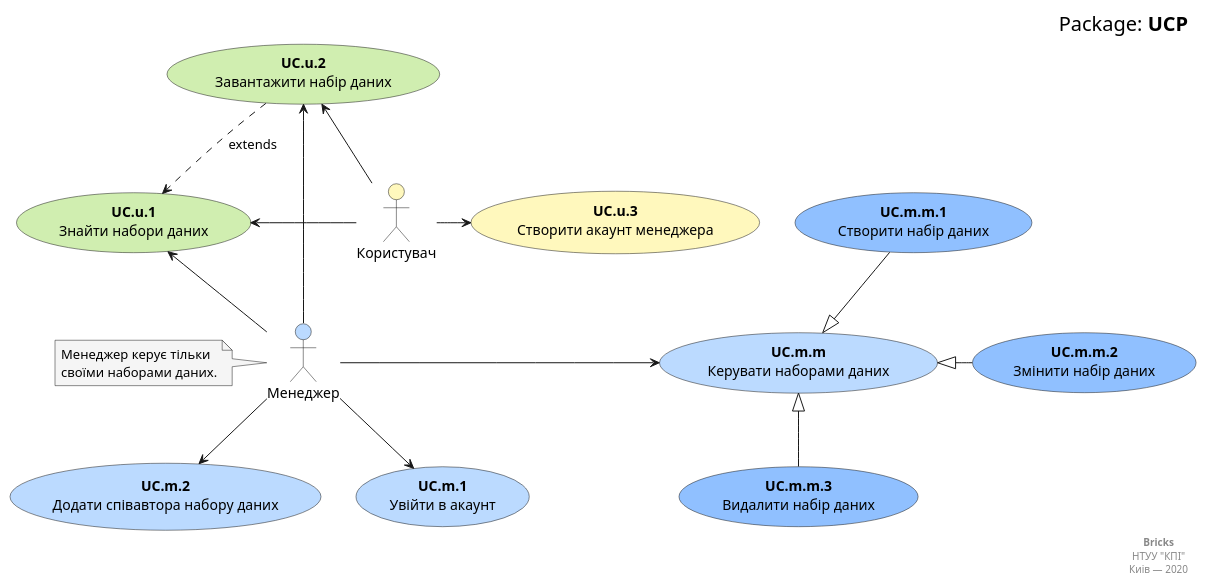
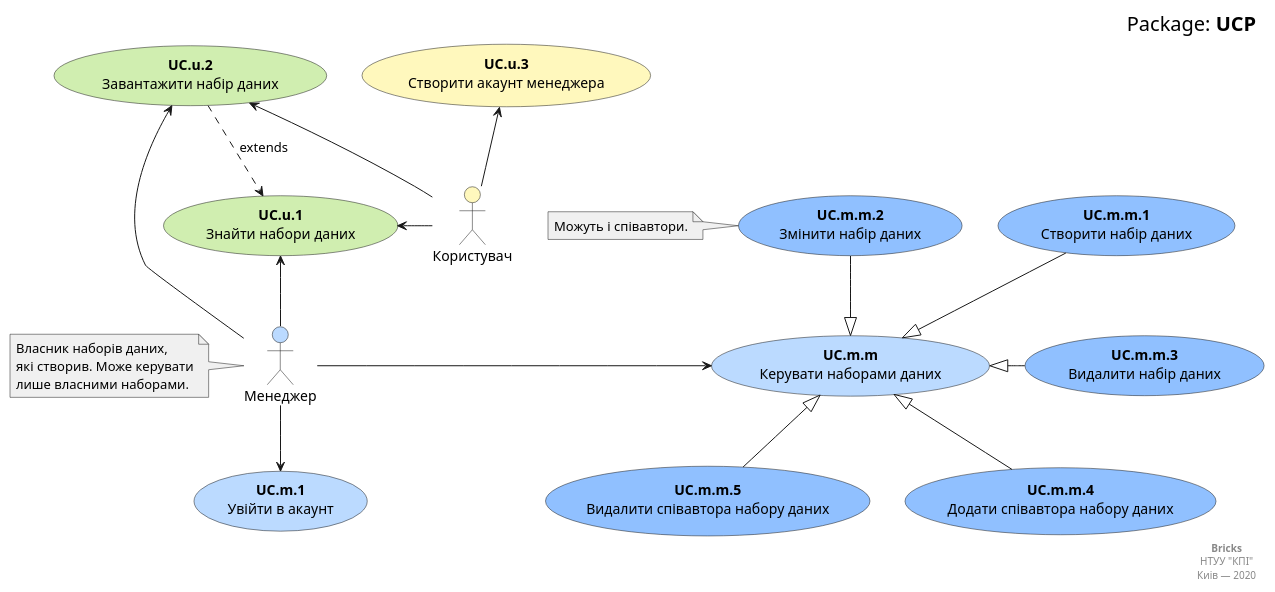
One commit to hate-crew-member-41/Bricks changed the diagram in docs/use cases/UCP.puml. Above: the diagram before and after it, drawn with PlantUML.

```diff
--- a/docs/use cases/UCP.puml
+++ b/docs/use cases/UCP.puml
@@ -1,47 +1,54 @@
 @startuml
 
     right header
         <font size=20 color=black>Package: <b>UCP</b></font>
     end header
 
     actor "Користувач" as User #fff8bd
     actor "Менеджер" as Manager #bbdaff
+
+    note left of Manager #f0f0f0
+        Власник наборів даних,
+        які створив. Може керувати
+        лише власними наборами.
+    end note
     
     usecase "<b>UC.u.1</b>\nЗнайти набори даних" as UC.u.1 #d0eeb0
     usecase "<b>UC.u.2</b>\nЗавантажити набір даних" as UC.u.2 #d0eeb0
     usecase "<b>UC.u.3</b>\nСтворити акаунт менеджера" as UC.u.3 #fff8bd
 
     usecase "<b>UC.m.1</b>\nУвійти в акаунт" as UC.m.1 #bbdaff
-    usecase "<b>UC.m.2</b>\nДодати співавтора набору даних" as UC.m.2 #bbdaff
     usecase "<b>UC.m.m</b>\nКерувати наборами даних" as UC.m.m #bbdaff
     usecase "<b>UC.m.m.1</b>\nСтворити набір даних" as UC.m.m.1 #90c0ff
     usecase "<b>UC.m.m.2</b>\nЗмінити набір даних" as UC.m.m.2 #90c0ff
     usecase "<b>UC.m.m.3</b>\nВидалити набір даних" as UC.m.m.3 #90c0ff
+    usecase "<b>UC.m.m.4</b>\nДодати співавтора набору даних" as UC.m.m.4 #90c0ff
+    usecase "<b>UC.m.m.5</b>\nВидалити співавтора набору даних" as UC.m.m.5 #90c0ff
+
+    note left of UC.m.m.2 #f0f0f0
+        Можуть і співавтори.
+    end note
 
     UC.u.2 ..> UC.u.1 : extends
     UC.m.m.1 -d-|> UC.m.m
-    UC.m.m.2 -l-|> UC.m.m
-    UC.m.m.3 -u-|> UC.m.m
-
-    note left of Manager #f5f5f5
-        Менеджер керує тільки
-        своїми наборами даних.
-    end note
+    UC.m.m.2 -d-|> UC.m.m
+    UC.m.m.3 -l-|> UC.m.m
+    UC.m.m.4 -u-|> UC.m.m
+    UC.m.m.5 -u-|> UC.m.m
 
     User -l-> UC.u.1
     User -u-> UC.u.2
-    User -r-> UC.u.3
+    User -u-> UC.u.3
 
     Manager -u-> UC.u.1
     Manager -u-> UC.u.2
-    Manager --> UC.m.1
-    Manager --> UC.m.2
+    Manager -d-> UC.m.1
     Manager -r-> UC.m.m
     
     right footer
         <b>Bricks</b>
         НТУУ "КПІ"
         Киів — 2020
     end footer
 
 @enduml
```
